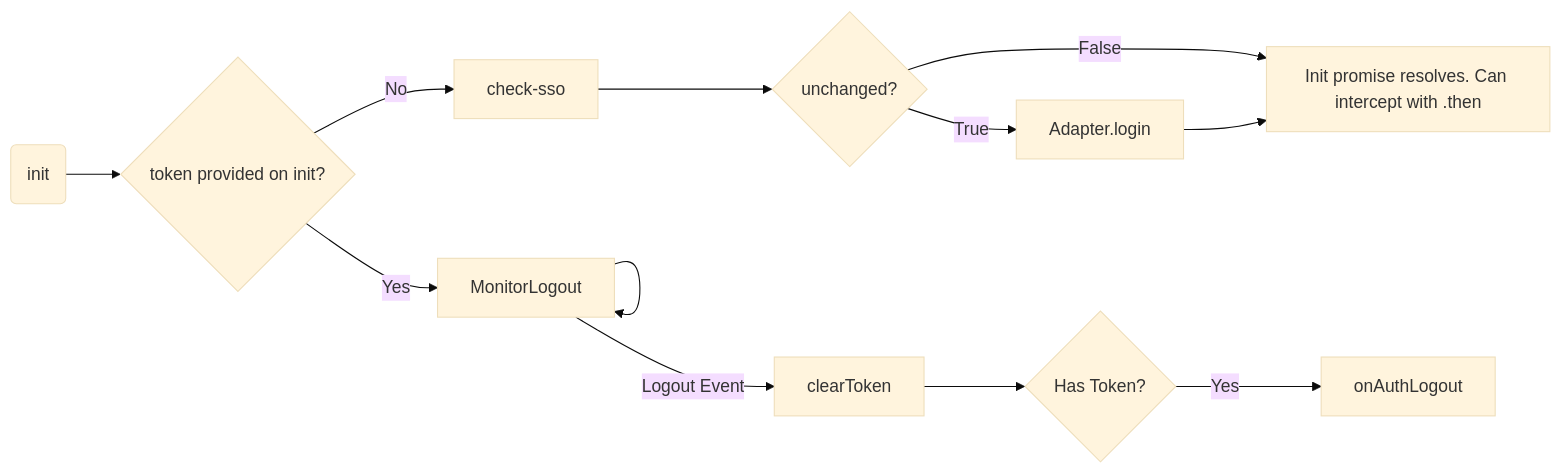
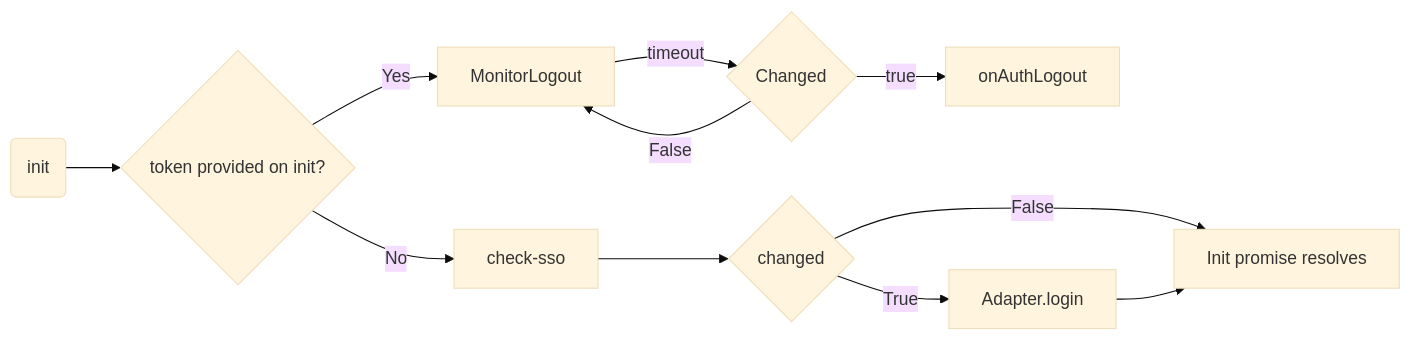
Before and after one commit to geosolutions-it/MapStore2: the second of 4 diagrams in docs/developer-guide/integrations/sso/keycloak-impl.md, drawn with Mermaid (base theme). The commit also changed other lines of this file, not shown here.

````diff
--- a/docs/developer-guide/integrations/sso/keycloak-impl.md
+++ b/docs/developer-guide/integrations/sso/keycloak-impl.md
@@ -22,13 +22,13 @@
 ```mermaid
 graph LR
     Init(init) --> TokenProvided{token provided on init?}
     TokenProvided -- Yes --> MonitorLogout
-    MonitorLogout --> MonitorLogout
+    MonitorLogout -- timeout --> C1{Changed}
+    C1 -- False --> MonitorLogout
+    C1 -- true --> onAuthLogout
     TokenProvided -- No --> CheckSSO[check-sso]
-    CheckSSO --> D{unchanged?}
-    D -- False --> InitResolve[Init promise resolves. Can intercept with .then]
-    D -- True --> Adapter.login
+    CheckSSO --> C2{changed}
+    C2 -- False --> InitResolve[Init promise resolves]
+    C2 -- True --> Adapter.login
     Adapter.login --> InitResolve
-    MonitorLogout -- Logout Event --> clearToken
-    clearToken --> HasToken{Has Token?} -- Yes --> onAuthLogout
 ```
````
